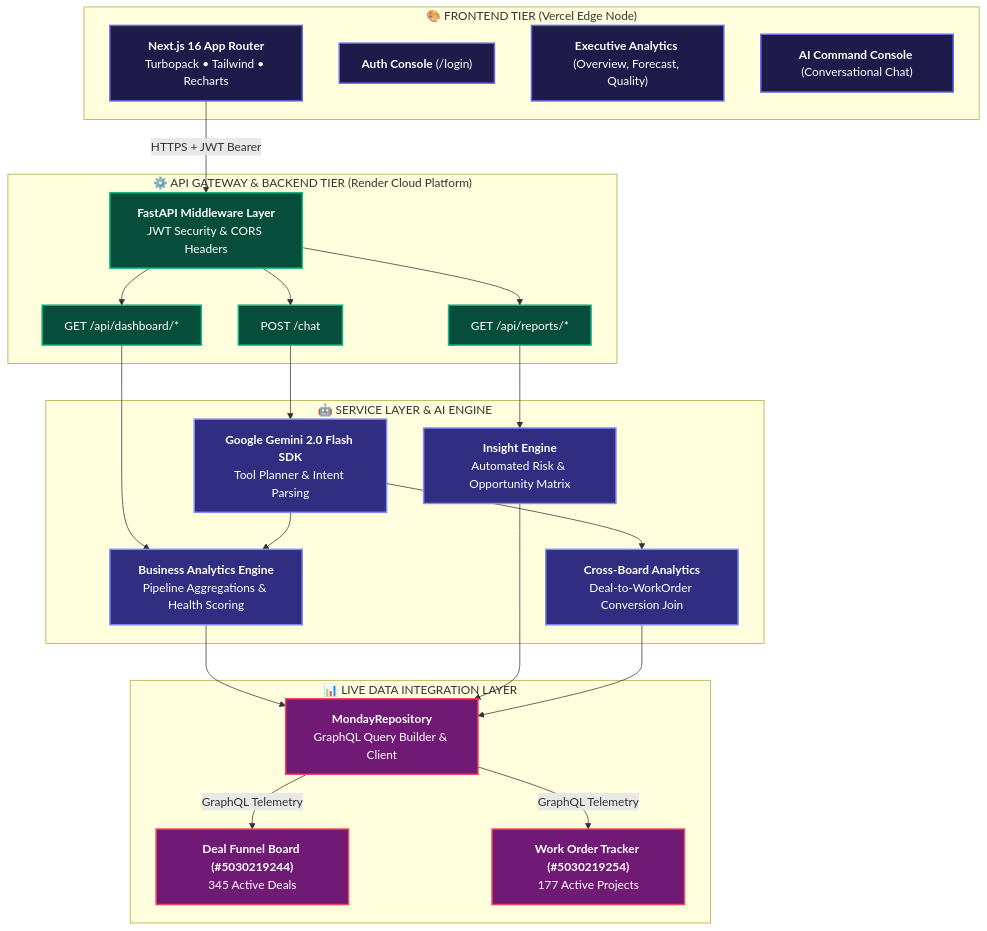
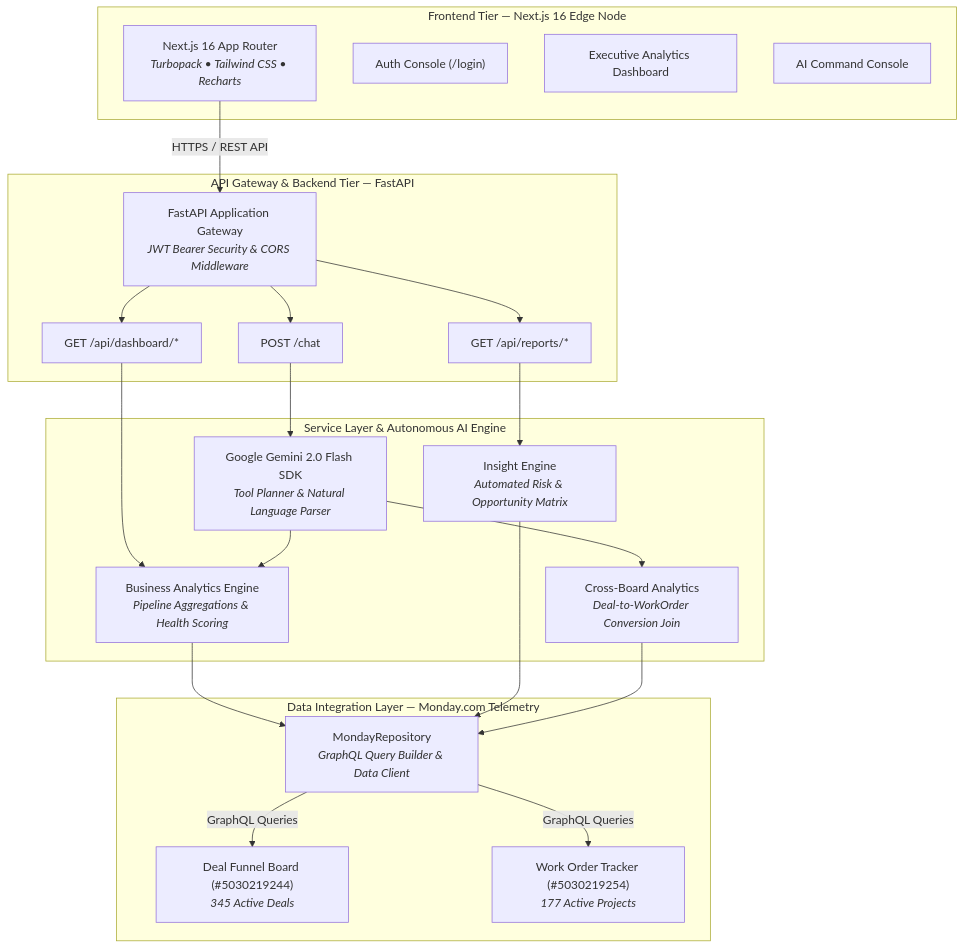
One commit to VedantVH/skylark-bi-copilot changed the diagram in README.md. Above: the diagram before and after it, drawn with Mermaid.

Commit message:
docs: streamline Mermaid architecture diagram to use clean professional theme-adaptive styling

````diff
--- a/README.md
+++ b/README.md
@@ -109,58 +109,48 @@
 ```mermaid
 graph TD
-    classDef frontend fill:#1e1b4b,stroke:#6366f1,stroke-width:2px,color:#ffffff
-    classDef backend fill:#064e3b,stroke:#10b981,stroke-width:2px,color:#ffffff
-    classDef ai fill:#312e81,stroke:#818cf8,stroke-width:2px,color:#ffffff
-    classDef data fill:#701a75,stroke:#f43f5e,stroke-width:2px,color:#ffffff
-
-    subgraph FE ["🎨 FRONTEND TIER (Vercel Edge Node)"]
-        UI["<b>Next.js 16 App Router</b><br/>Turbopack • Tailwind • Recharts"]
-        AuthView["<b>Auth Console</b> (/login)"]
-        DashView["<b>Executive Analytics</b> (Overview, Forecast, Quality)"]
-        AIChatView["<b>AI Command Console</b> (Conversational Chat)"]
+    subgraph FE ["Frontend Tier — Next.js 16 Edge Node"]
+        UI["Next.js 16 App Router<br/><i>Turbopack • Tailwind CSS • Recharts</i>"]
+        AuthView["Auth Console (/login)"]
+        DashView["Executive Analytics Dashboard"]
+        AIChatView["AI Command Console"]
     end
 
-    subgraph API ["⚙️ API GATEWAY & BACKEND TIER (Render Cloud Platform)"]
-        Router["<b>FastAPI Middleware Layer</b><br/>JWT Security & CORS Headers"]
+    subgraph API ["API Gateway & Backend Tier — FastAPI"]
+        Router["FastAPI Application Gateway<br/><i>JWT Bearer Security & CORS Middleware</i>"]
         ChatEP["POST /chat"]
         DashEP["GET /api/dashboard/*"]
         ReportEP["GET /api/reports/*"]
     end
 
-    subgraph SERVICES ["🤖 SERVICE LAYER & AI ENGINE"]
-        GeminiService["<b>Google Gemini 2.0 Flash SDK</b><br/>Tool Planner & Intent Parsing"]
-        AnalyticsEngine["<b>Business Analytics Engine</b><br/>Pipeline Aggregations & Health Scoring"]
-        InsightEngine["<b>Insight Engine</b><br/>Automated Risk & Opportunity Matrix"]
-        CrossBoardEngine["<b>Cross-Board Analytics</b><br/>Deal-to-WorkOrder Conversion Join"]
+    subgraph SERVICES ["Service Layer & Autonomous AI Engine"]
+        GeminiService["Google Gemini 2.0 Flash SDK<br/><i>Tool Planner & Natural Language Parser</i>"]
+        AnalyticsEngine["Business Analytics Engine<br/><i>Pipeline Aggregations & Health Scoring</i>"]
+        InsightEngine["Insight Engine<br/><i>Automated Risk & Opportunity Matrix</i>"]
+        CrossBoardEngine["Cross-Board Analytics<br/><i>Deal-to-WorkOrder Conversion Join</i>"]
     end
 
-    subgraph DATA ["📊 LIVE DATA INTEGRATION LAYER"]
-        MondayClient["<b>MondayRepository</b><br/>GraphQL Query Builder & Client"]
-        DealsBoard["<b>Deal Funnel Board (#5030219244)</b><br/>345 Active Deals"]
-        WOBoard["<b>Work Order Tracker (#5030219254)</b><br/>177 Active Projects"]
+    subgraph DATA ["Data Integration Layer — Monday.com Telemetry"]
+        MondayClient["MondayRepository<br/><i>GraphQL Query Builder & Data Client</i>"]
+        DealsBoard["Deal Funnel Board (#5030219244)<br/><i>345 Active Deals</i>"]
+        WOBoard["Work Order Tracker (#5030219254)<br/><i>177 Active Projects</i>"]
     end
 
     %% Flow Connections
-    UI -->|HTTPS + JWT Bearer| Router
+    UI -->|HTTPS / REST API| Router
     Router --> ChatEP
     Router --> DashEP
     Router --> ReportEP
 
     ChatEP --> GeminiService
     DashEP --> AnalyticsEngine
     ReportEP --> InsightEngine
 
     GeminiService --> AnalyticsEngine
     GeminiService --> CrossBoardEngine
     AnalyticsEngine --> MondayClient
     InsightEngine --> MondayClient
     CrossBoardEngine --> MondayClient
 
-    MondayClient -->|GraphQL Telemetry| DealsBoard
-    MondayClient -->|GraphQL Telemetry| WOBoard
-
-    class UI,AuthView,DashView,AIChatView frontend
-    class Router,ChatEP,DashEP,ReportEP backend
-    class GeminiService,AnalyticsEngine,InsightEngine,CrossBoardEngine ai
-    class MondayClient,DealsBoard,WOBoard data
+    MondayClient -->|GraphQL Queries| DealsBoard
+    MondayClient -->|GraphQL Queries| WOBoard
 ```
````
